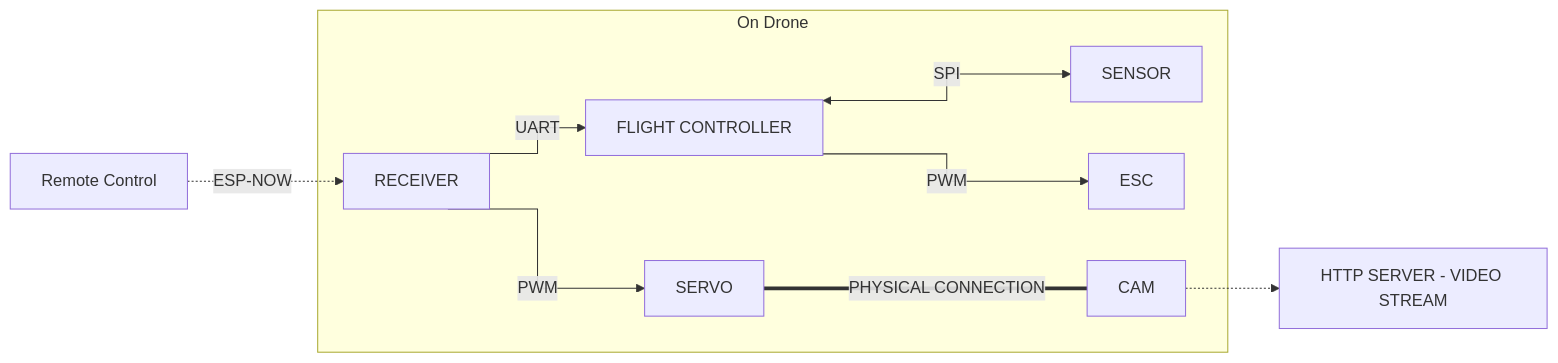
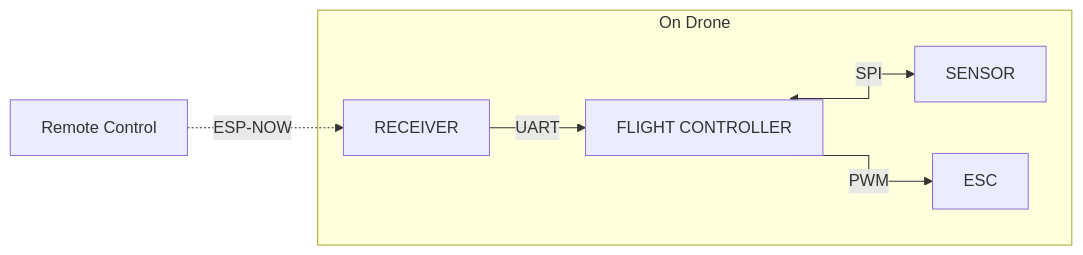
Before and after one commit to AlexWybranski/multi-mcu-drone: the diagram in README.md, drawn with Mermaid. The commit also changed other lines of this file, not shown here.

````diff
--- a/README.md
+++ b/README.md
@@ -16,21 +15,21 @@
 ```mermaid
 flowchart LR
 %%{init: { 'flowchart': { 'curve': 'stepAfter' }, 'themeCSS': '.edgePath .path { stroke-linejoin: miter; stroke-linecap: square; }' } }%%
     A[Remote Control] 
     B[RECEIVER]
     C[FLIGHT CONTROLLER]
     D[SENSOR]
     E[ESC]
-    F[SERVO]
-    G[CAM]
-    H[HTTP SERVER - VIDEO STREAM]
+    %% F[SERVO]
+    %% G[CAM]
+    %% H[HTTP SERVER - VIDEO STREAM]
 
     A -.->|ESP-NOW| B
-    G -.-> H
+    %% G -.-> H
     subgraph On Drone
     B -->|UART| C
-    B -->|PWM| F ===|PHYSICAL CONNECTION|G
+    %% B -->|PWM| F ===|PHYSICAL CONNECTION|G
     C <-->|SPI| D
     C -->|PWM| E
     end
 ```
````
